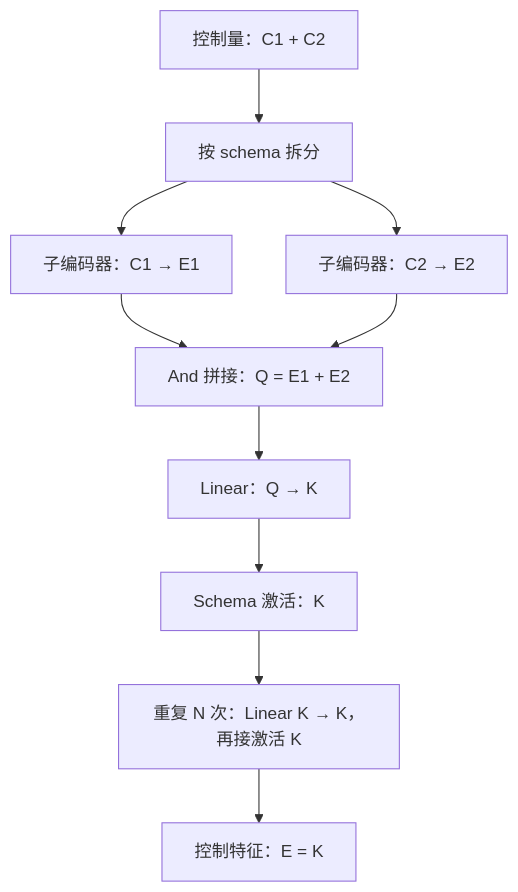
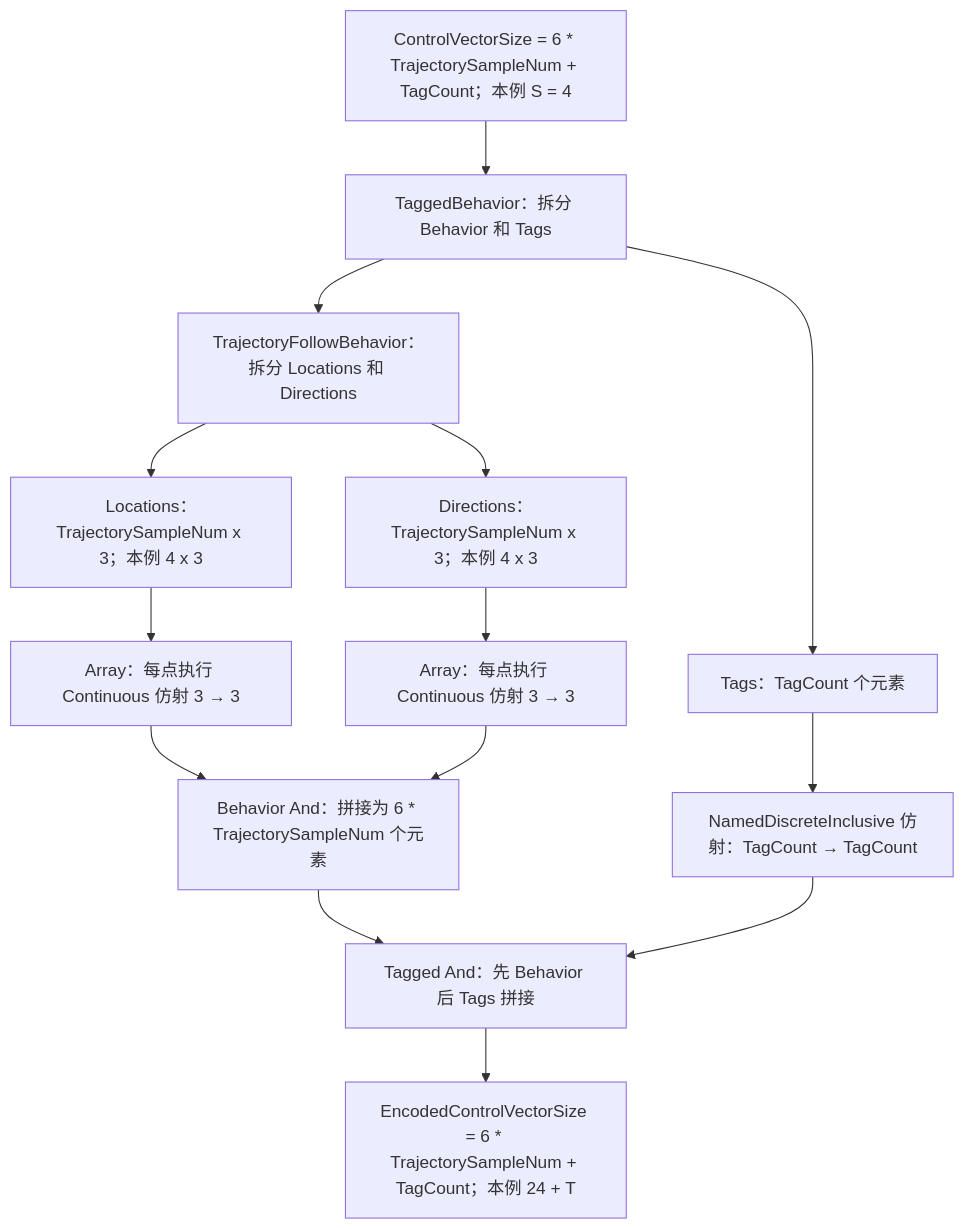
One commit to weiyi-boynextdoor/train_anim_gen changed the first of 5 diagrams in tutorial/train-controller-workflow.zh-CN.md. Above: the diagram before and after it, drawn with Mermaid. The commit also changed other lines of this file and 1 other file, not shown here.

````diff
--- a/tutorial/train-controller-workflow.zh-CN.md
+++ b/tutorial/train-controller-workflow.zh-CN.md
@@ -33,12 +52,16 @@
 ```mermaid
 flowchart TD
-    C["控制量：C1 + C2"] --> S["按 schema 拆分"]
-    S --> A["子编码器：C1 → E1"]
-    S --> B["子编码器：C2 → E2"]
-    A --> CAT["And 拼接：Q = E1 + E2"]
-    B --> CAT
-    CAT --> L["Linear：Q → K"]
-    L --> ACT["Schema 激活：K"]
-    ACT --> R["重复 N 次：Linear K → K，再接激活 K"]
-    R --> O["控制特征：E = K"]
+    INPUT["ControlVectorSize = 6 * TrajectorySampleNum + TagCount；本例 S = 4"] --> SPLIT["TaggedBehavior：拆分 Behavior 和 Tags"]
+    SPLIT --> BEH["TrajectoryFollowBehavior：拆分 Locations 和 Directions"]
+    SPLIT --> TAG["Tags：TagCount 个元素"]
+    BEH --> LOC["Locations：TrajectorySampleNum x 3；本例 4 x 3"]
+    BEH --> DIR["Directions：TrajectorySampleNum x 3；本例 4 x 3"]
+    LOC --> LA["Array：每点执行 Continuous 仿射 3 → 3"]
+    DIR --> DA["Array：每点执行 Continuous 仿射 3 → 3"]
+    LA --> BC["Behavior And：拼接为 6 * TrajectorySampleNum 个元素"]
+    DA --> BC
+    TAG --> TA["NamedDiscreteInclusive 仿射：TagCount → TagCount"]
+    BC --> ROOT["Tagged And：先 Behavior 后 Tags 拼接"]
+    TA --> ROOT
+    ROOT --> OUT["EncodedControlVectorSize = 6 * TrajectorySampleNum + TagCount；本例 24 + T"]
 ```
````
